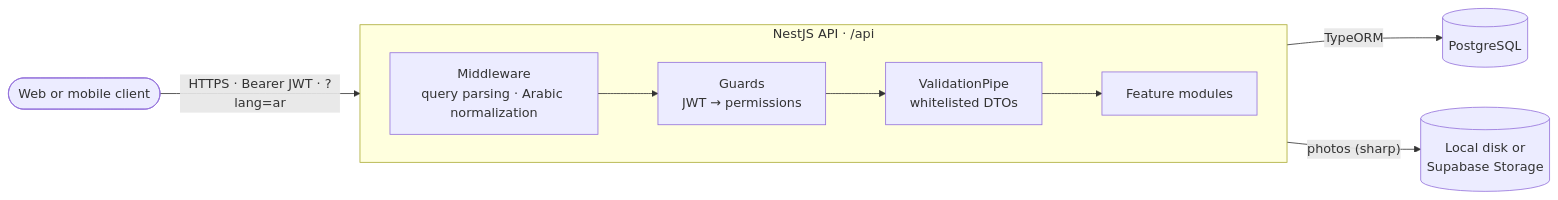
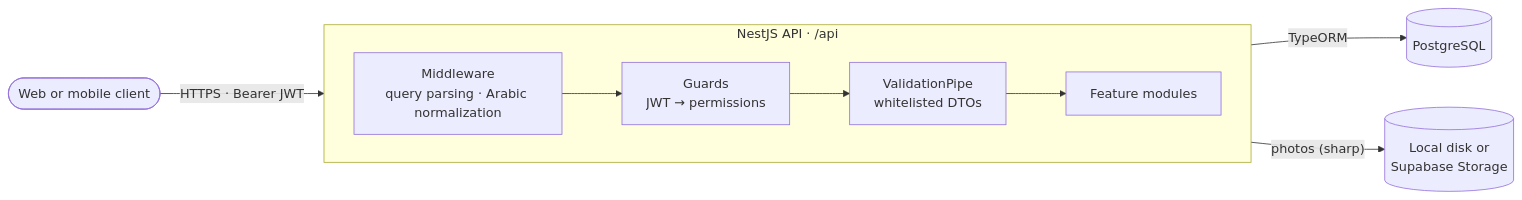
The first of 2 diagrams in README.md (aymansalkhatib/albarakah-backend), drawn with Mermaid before and after one commit.

Commit message:
docs: simplify the request label in the architecture diagram

````diff
--- a/README.md
+++ b/README.md
@@ -31,14 +31,14 @@
 ```mermaid
 flowchart LR
-    Client(["Web or mobile client"]) -->|"HTTPS · Bearer JWT · ?lang=ar"| MW
+    Client(["Web or mobile client"]) -->|"HTTPS · Bearer JWT"| MW
 
     subgraph API["NestJS API · /api"]
         direction LR
         MW["Middleware<br/>query parsing · Arabic normalization"] --> Guards["Guards<br/>JWT → permissions"]
         Guards --> Pipe["ValidationPipe<br/>whitelisted DTOs"]
         Pipe --> Modules["Feature modules"]
     end
 
     Modules -->|TypeORM| DB[("PostgreSQL")]
     Modules -->|"photos (sharp)"| Store[("Local disk or<br/>Supabase Storage")]
 ```
````
